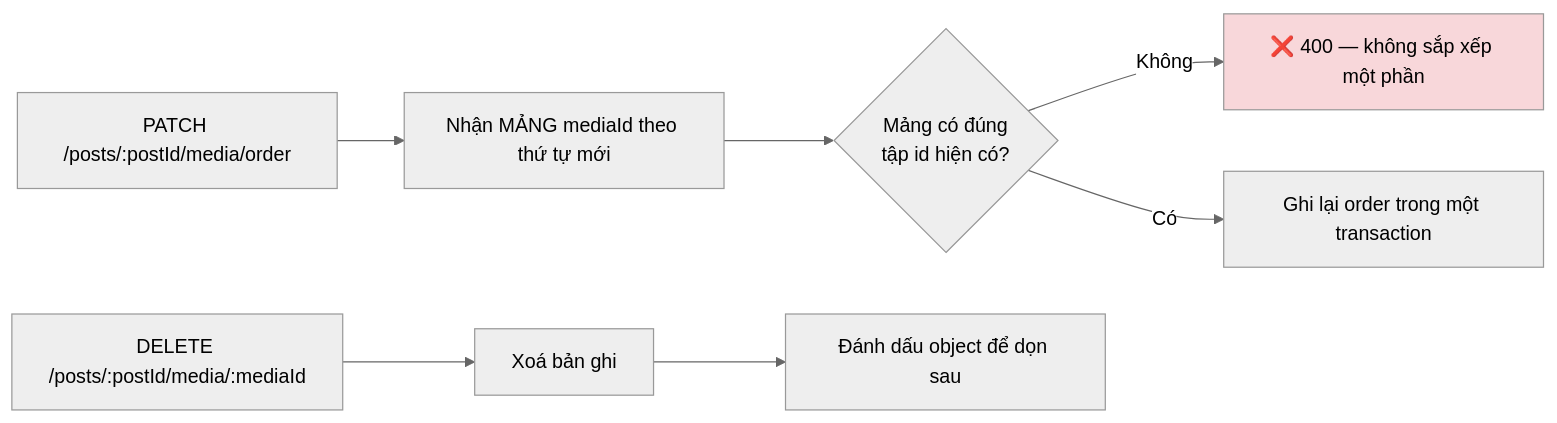
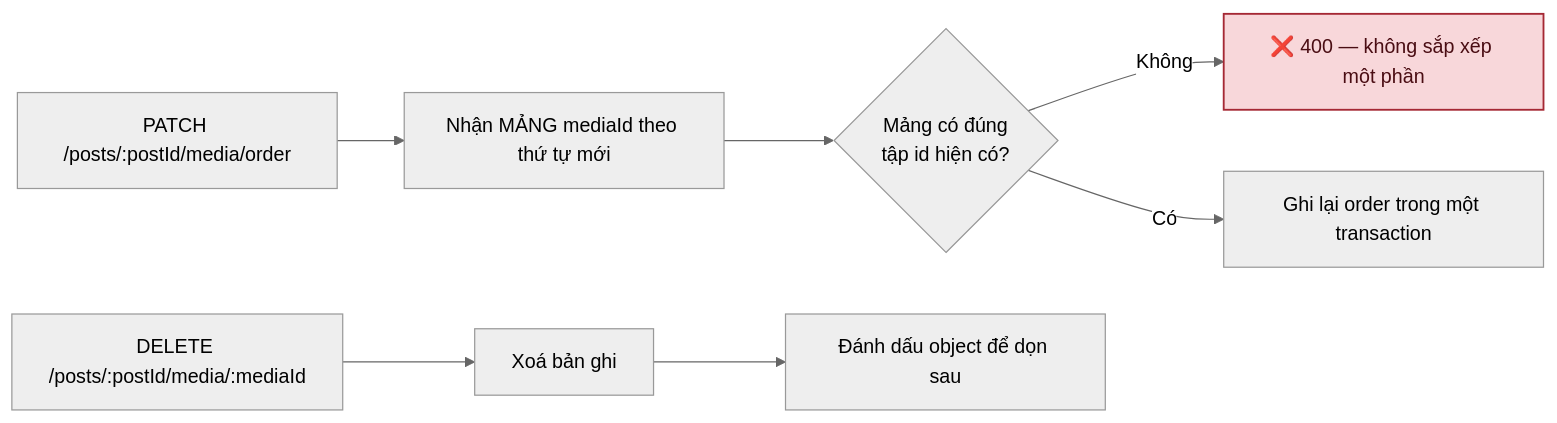
The fourth of 4 diagrams in docs/diagram/03-media.md (fdshn/trueheart), drawn with Mermaid (neutral theme) before and after one commit. The commit also changed other lines of this file and 30 other files, not shown here.

First line of the commit message:
docs(diagram): chữ trong khối tô màu đọc được ở cả giao diện sáng và tối

````diff
--- a/docs/diagram/03-media.md
+++ b/docs/diagram/03-media.md
@@ -73,12 +73,12 @@
 ```mermaid
 flowchart LR
     A["PATCH /posts/:postId/media/order"] --> B[Nhận MẢNG mediaId theo thứ tự mới]
     B --> C{Mảng có đúng<br/>tập id hiện có?}
     C -->|Không| D[❌ 400 — không sắp xếp một phần]
     C -->|Có| E[Ghi lại order trong một transaction]
 
     F["DELETE /posts/:postId/media/:mediaId"] --> G[Xoá bản ghi]
     G --> H[Đánh dấu object để dọn sau]
 
-    style D fill:#f8d7da
+    style D fill:#f8d7da,stroke:#a52834,stroke-width:1.5px,color:#4a0d13
 ```
````
